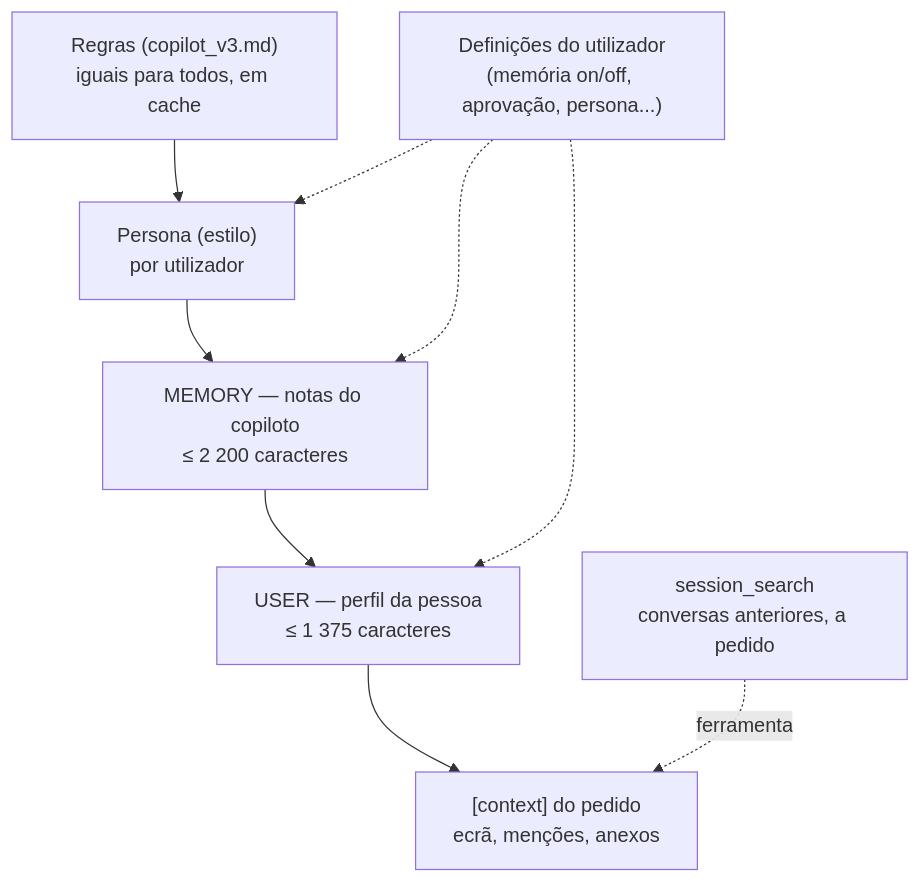
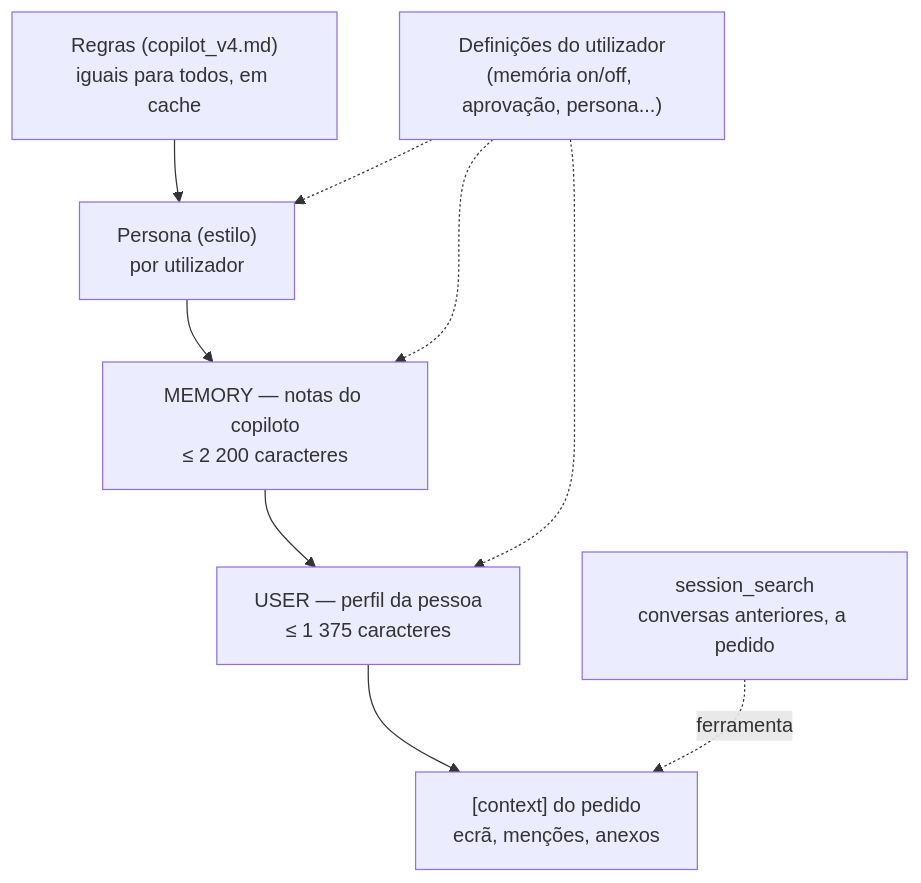
The fifth of 5 diagrams in docs/engenharia/copiloto.md (helderpgoncalves/novelo), drawn with Mermaid before and after one commit. The commit also changed 141 other files, not shown here.

````diff
--- a/docs/engenharia/copiloto.md
+++ b/docs/engenharia/copiloto.md
@@ -274,14 +274,14 @@
 ```mermaid
 flowchart TB
-    R["Regras (copilot_v3.md)<br/>iguais para todos, em cache"]
+    R["Regras (copilot_v4.md)<br/>iguais para todos, em cache"]
     P["Persona (estilo)<br/>por utilizador"]
     M["MEMORY — notas do copiloto<br/>≤ 2 200 caracteres"]
     U["USER — perfil da pessoa<br/>≤ 1 375 caracteres"]
     S["session_search<br/>conversas anteriores, a pedido"]
     C["[context] do pedido<br/>ecrã, menções, anexos"]
     R --> P --> M --> U --> C
     S -.->|"ferramenta"| C
     D["Definições do utilizador<br/>(memória on/off, aprovação, persona...)"] -.-> P
     D -.-> M
     D -.-> U
 ```
````
